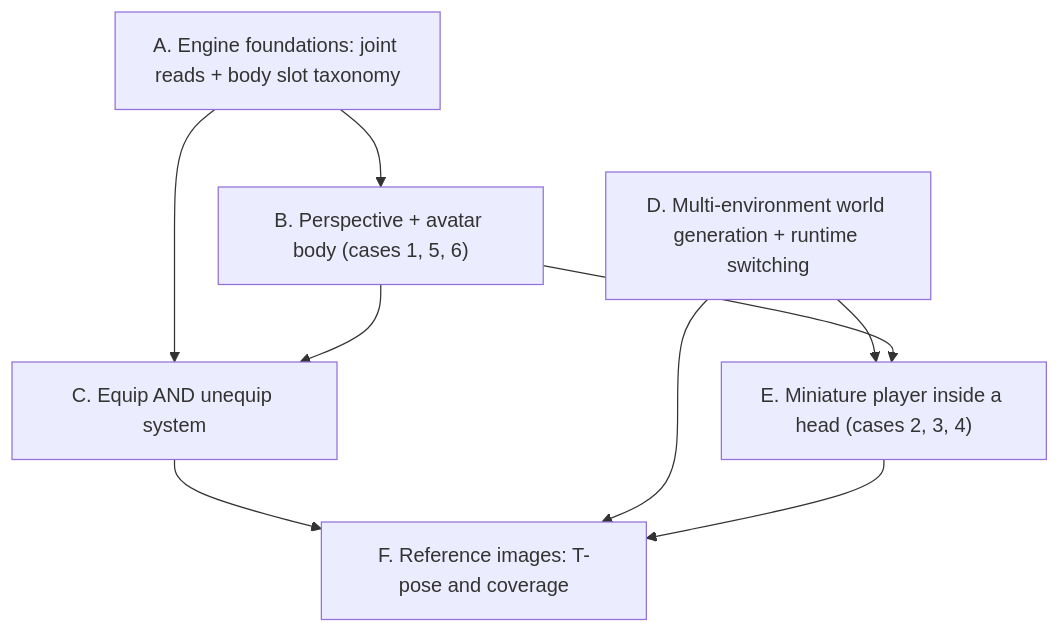
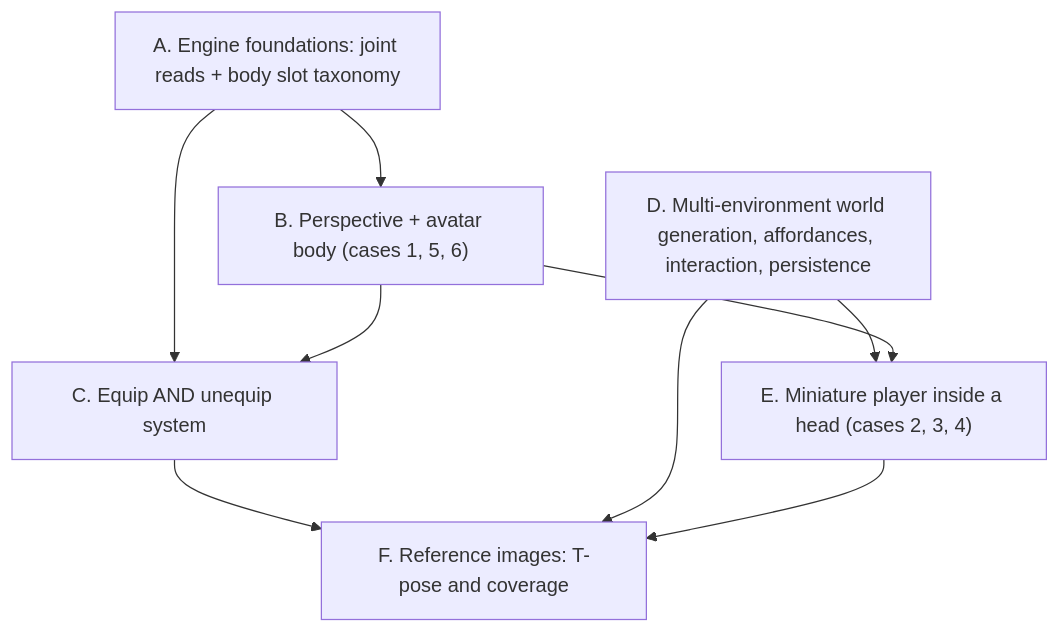
One commit to FriimanTech/Prompt-To-VR changed the diagram in .cursor/plans/equip_mechanic_and_t-pose_82a5e4f8.plan.md. Above: the diagram before and after it, drawn with Mermaid. The commit also changed other lines of this file, not shown here.

Commit message:
additonal final update to the equip_mechanic_and_t-pose_82a5e4f8.plan to fix all issues related to world generation and more this goes beyond the parralell gen and does more like C++ mechancic and C++ World environment collaboration.

````diff
--- a/.cursor/plans/equip_mechanic_and_t-pose_82a5e4f8.plan.md
+++ b/.cursor/plans/equip_mechanic_and_t-pose_82a5e4f8.plan.md
@@ -88,11 +97,11 @@
 ```mermaid
 flowchart TD
   A["A. Engine foundations: joint reads + body slot taxonomy"] --> B["B. Perspective + avatar body (cases 1, 5, 6)"]
   A --> C["C. Equip AND unequip system"]
   B --> C
-  D["D. Multi-environment world generation + runtime switching"] --> E["E. Miniature player inside a head (cases 2, 3, 4)"]
+  D["D. Multi-environment world generation, affordances, interaction, persistence"] --> E["E. Miniature player inside a head (cases 2, 3, 4)"]
   B --> E
   C --> F["F. Reference images: T-pose and coverage"]
   D --> F
   E --> F
 ```
````
